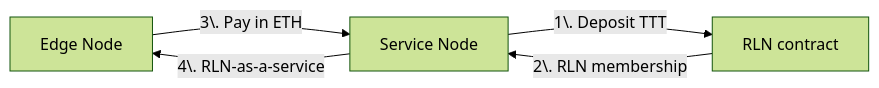
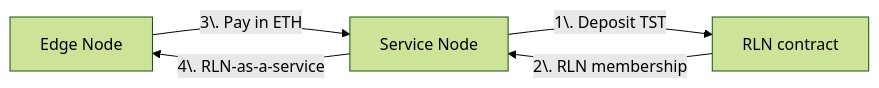
The first of 3 diagrams in README-I13N-POC.md (waku-org/nwaku), drawn with Mermaid (forest theme) before and after one commit. The commit also changed other lines of this file, not shown here.

````diff
--- a/README-I13N-POC.md
+++ b/README-I13N-POC.md
@@ -49,7 +49,7 @@
 ```mermaid
 graph LR
-    A["Edge Node"] -- "3\. Pay in ETH" --> B["Service Node"]
-    B -- "1\. Deposit TTT" --> C[RLN contract]
-    C -- "2\. RLN membership" --> B
-    B -- "4\. RLN-as-a-service" --> A
+  A["Edge Node"] -- "3\. Pay in ETH" --> B["Service Node"]
+  B -- "1\. Deposit TST" --> C[RLN contract]
+  C -- "2\. RLN membership" --> B
+  B -- "4\. RLN-as-a-service" --> A
 ```
````
